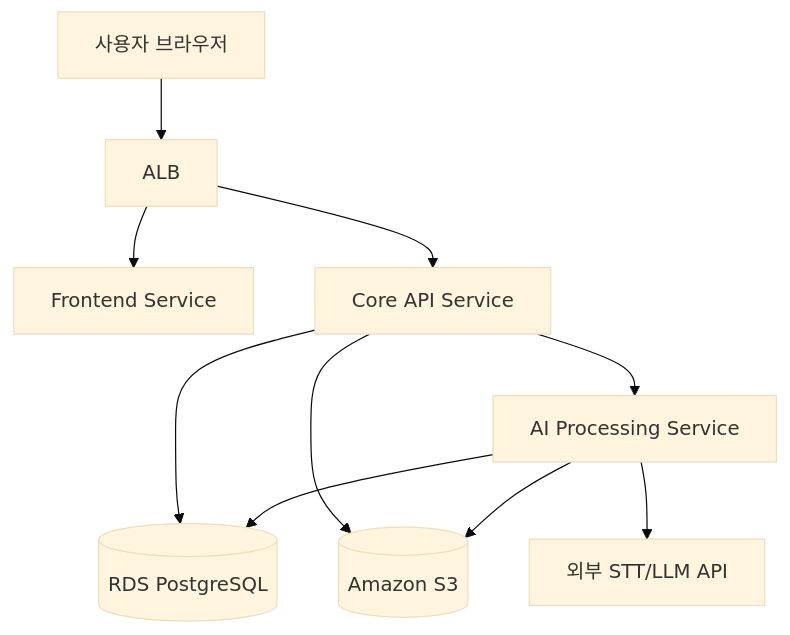
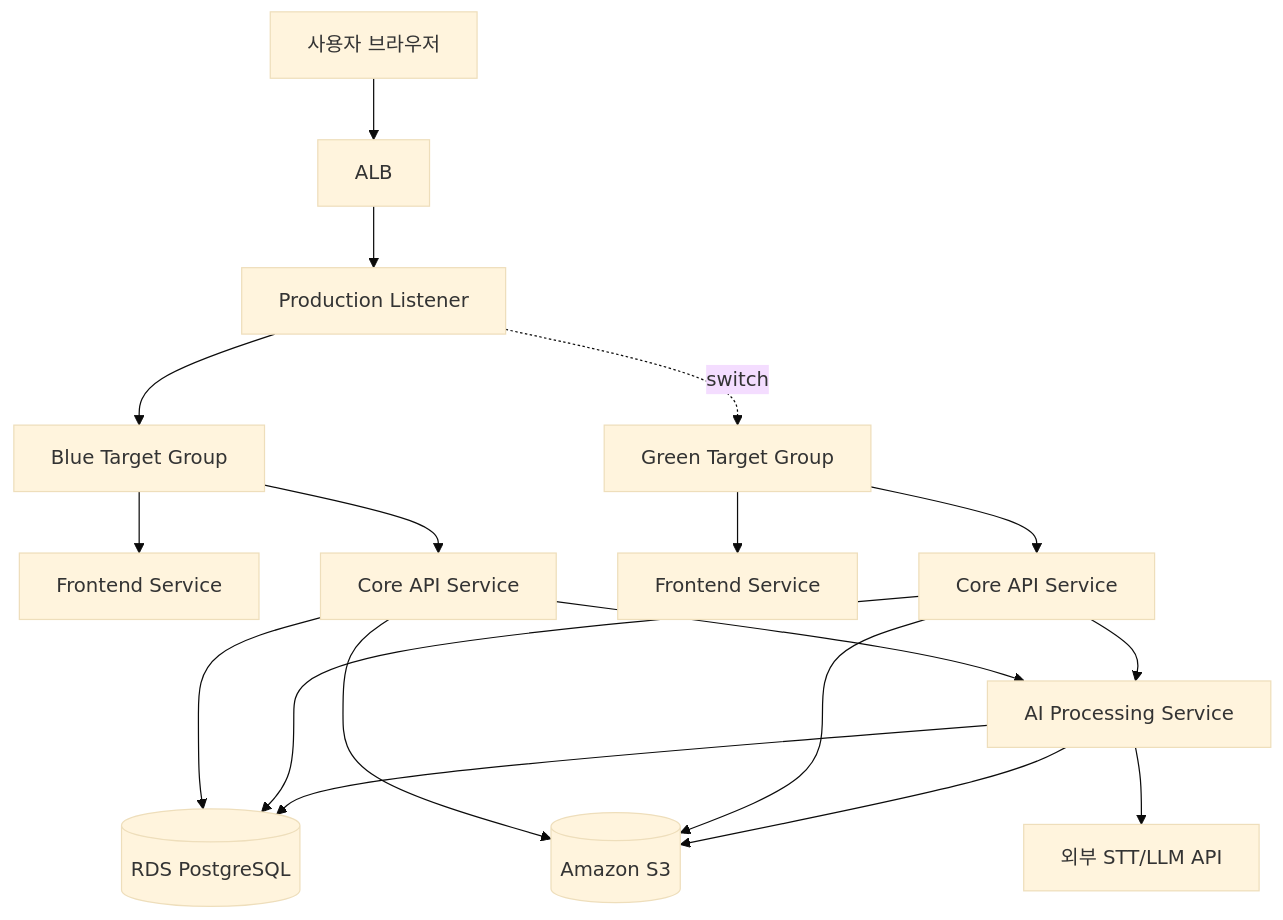
Before and after one commit to jinseonyeong087-ship-it/MeetUs: the diagram in COMMON/network-topology.md, drawn with Mermaid (base theme). The commit also changed other lines of this file and 5 other files, not shown here.

````diff
--- a/COMMON/network-topology.md
+++ b/COMMON/network-topology.md
@@ -9,12 +9,20 @@
 ```mermaid
 flowchart TB
     U[사용자 브라우저] --> ALB[ALB]
-    ALB --> FE[Frontend Service]
-    ALB --> API[Core API Service]
+    ALB --> LISTENER[Production Listener]
+    LISTENER --> TGB[Blue Target Group]
+    LISTENER -. switch .-> TGG[Green Target Group]
+    TGB --> FE[Frontend Service]
+    TGB --> API[Core API Service]
+    TGG --> FEG[Frontend Service]
+    TGG --> APIG[Core API Service]
     API --> AI[AI Processing Service]
     API --> DB[(RDS PostgreSQL)]
     API --> OS[(Amazon S3)]
+    APIG --> AI
+    APIG --> DB
+    APIG --> OS
     AI --> DB
     AI --> OS
     AI --> EXT[외부 STT/LLM API]
 ```
````
